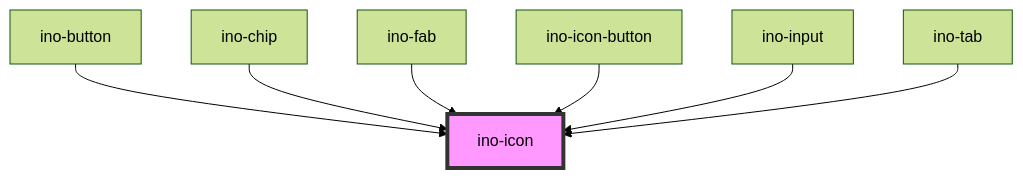
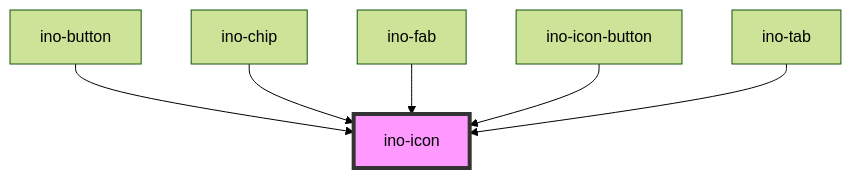
One commit to inovex/elements changed the diagram in src/components/ino-icon/readme.md. Above: the diagram before and after it, drawn with Mermaid (forest theme). The commit also changed other lines of this file and 6 other files, not shown here.

Commit message:
add slots for custom icons, remove ino-icon from ino-input, rename datalist slot, add ino-icon-leading prop, add new icon examples, adjust story

````diff
--- a/src/components/ino-icon/readme.md
+++ b/src/components/ino-icon/readme.md
@@ -132,10 +131,9 @@
 ```mermaid
 graph TD;
   ino-button --> ino-icon
   ino-chip --> ino-icon
   ino-fab --> ino-icon
   ino-icon-button --> ino-icon
-  ino-input --> ino-icon
   ino-tab --> ino-icon
   style ino-icon fill:#f9f,stroke:#333,stroke-width:4px
 ```
````
